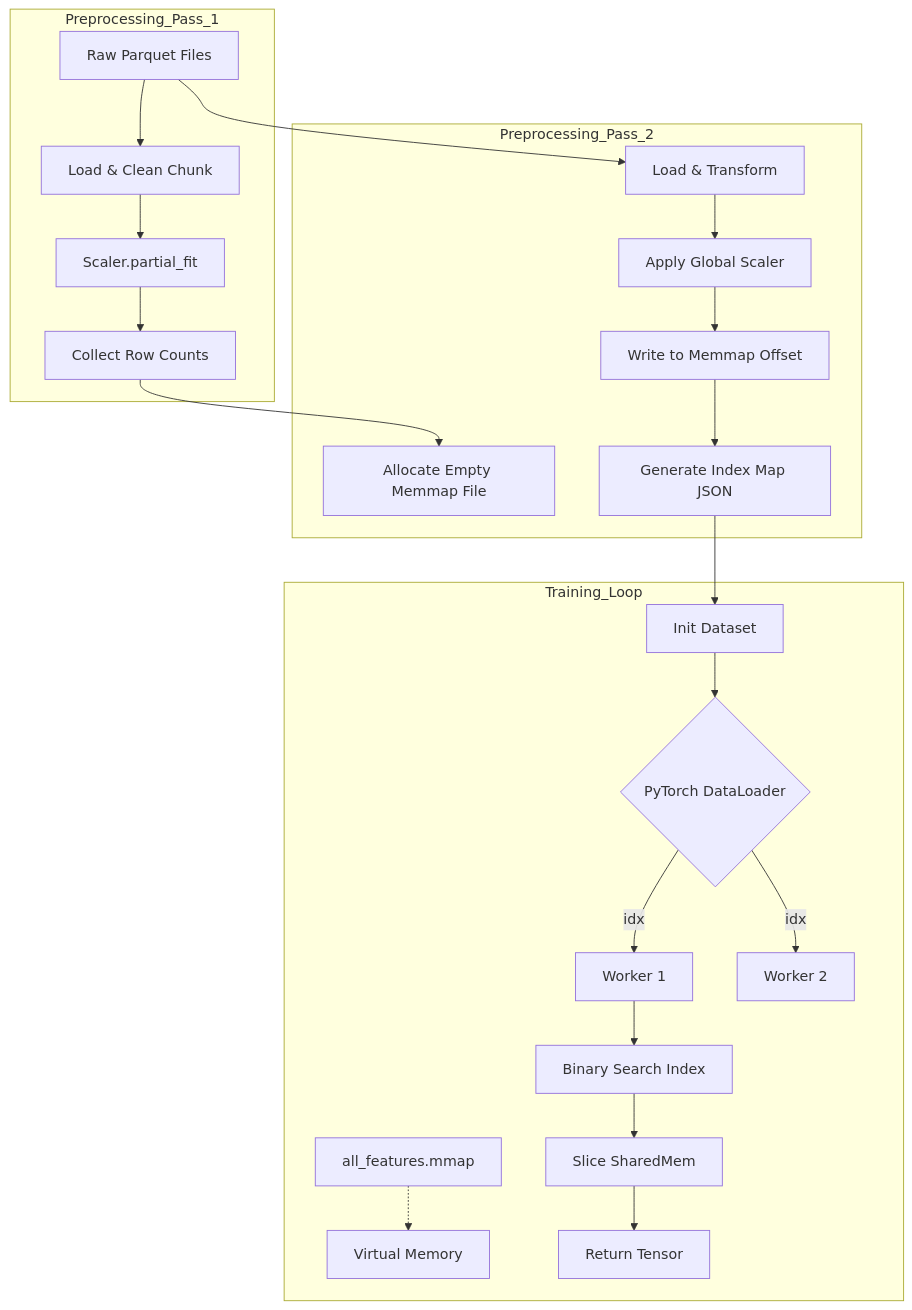
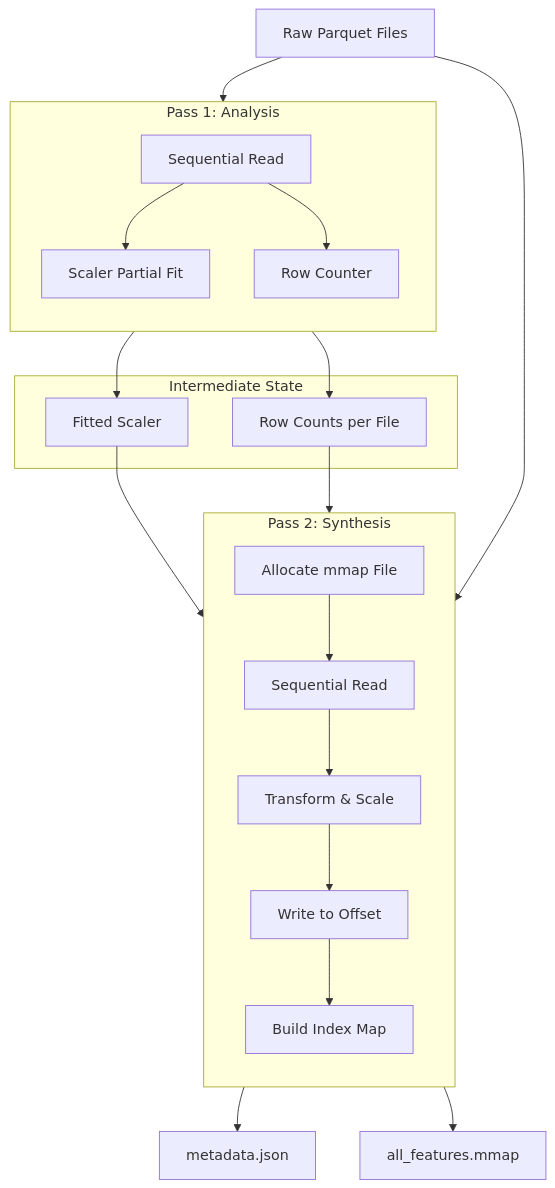
The diagram in posts/scalable-learning.md (scaars10/scaars10.github.io), drawn with Mermaid before and after one commit. The commit also changed other lines of this file, not shown here.

````diff
--- a/posts/scalable-learning.md
+++ b/posts/scalable-learning.md
@@ -125,30 +76,46 @@
 ```mermaid
 graph TD
-    subgraph Preprocessing_Pass_1
-    RawFiles[Raw Parquet Files] --> LoadChunk[Load & Clean Chunk]
-    LoadChunk --> PartialFit[Scaler.partial_fit]
-    PartialFit --> Stats[Collect Row Counts]
+    RawData[Raw Parquet Files]
+
+    subgraph "Pass 1: Analysis"
+        direction TB
+        Reader1[Sequential Read]
+        ScalerFit[Scaler Partial Fit]
+        Counter[Row Counter]
+        
+        Reader1 --> ScalerFit
+        Reader1 --> Counter
     end
 
-    subgraph Preprocessing_Pass_2
-    Stats --> AllocMemmap[Allocate Empty Memmap File]
-    RawFiles --> Transform[Load & Transform]
-    Transform --> Scale[Apply Global Scaler]
-    Scale --> WriteMemmap[Write to Memmap Offset]
-    WriteMemmap --> Metadata[Generate Index Map JSON]
+    subgraph "Intermediate State"
+        FittedScaler[Fitted Scaler]
+        FileStats[Row Counts per File]
     end
 
-    subgraph Training_Loop
-    Metadata --> InitDataset[Init Dataset]
-    MemmapFile[all_features.mmap] -.-> SharedMem[Virtual Memory]
+    subgraph "Pass 2: Synthesis"
+        direction TB
+        Allocator[Allocate mmap File]
+        Reader2[Sequential Read]
+        Transformer[Transform & Scale]
+        Writer[Write to Offset]
+        Indexer[Build Index Map]
+
+        Allocator --> Reader2
+        Reader2 --> Transformer
+        Transformer --> Writer
+        Writer --> Indexer
+    end
+
+    %% Connecting the Phases
+    RawData --> Reader1
+    ScalerFit --> FittedScaler
+    Counter --> FileStats
+
+    FittedScaler --> Transformer
+    FileStats --> Allocator
+    RawData --> Reader2
     
-    InitDataset --> DataLoader{PyTorch DataLoader}
-    
-    DataLoader -- "idx" --> Worker1[Worker 1]
-    DataLoader -- "idx" --> Worker2[Worker 2]
-    
-    Worker1 --> CalcOffset[Binary Search Index]
-    CalcOffset --> Slice[Slice SharedMem]
-    Slice --> Tensor[Return Tensor]
-    end
+    %% Outputs
+    Indexer --> Metadata[metadata.json]
+    Writer --> BinFile[all_features.mmap]
 ```
````
